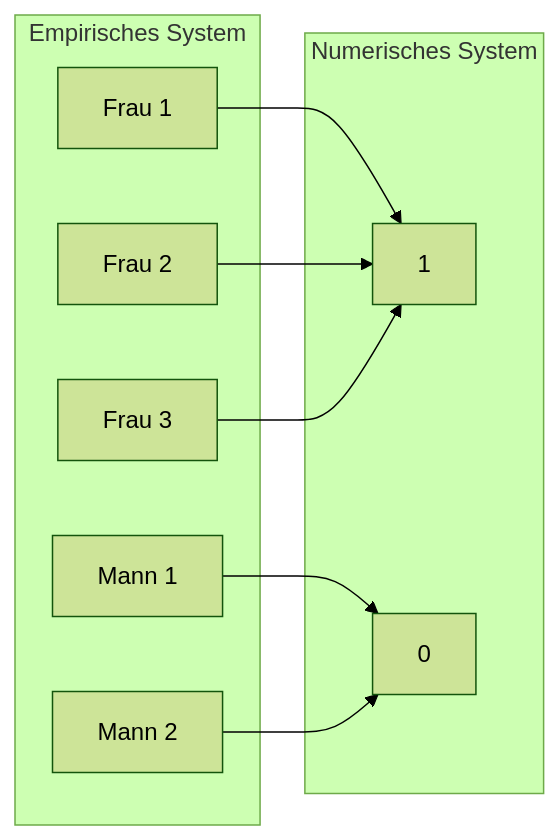
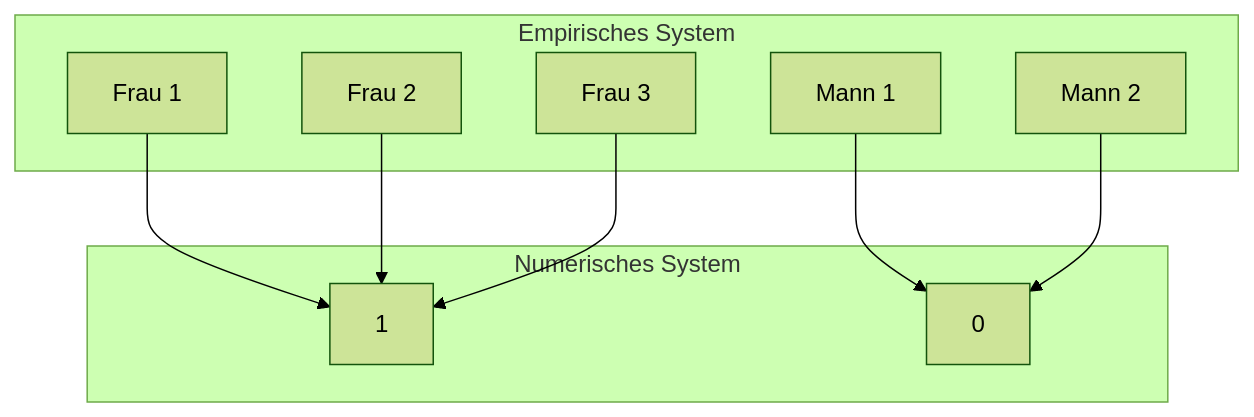
One commit to sebastiansauer/fopra changed the second of 2 diagrams in Messen.qmd. Above: the diagram before and after it, drawn with Mermaid (forest theme). The commit also changed other lines of this file and 95 other files, not shown here.

Commit message:
js diagrams

````diff
--- a/Messen.qmd
+++ b/Messen.qmd
@@ -126,25 +151,25 @@
 ```{mermaid}
 %%| label: fig-messen1
 %%| fig-cap: "Messen: Die Zuordnung von Beziehungen in einem empirischen System (Kontext) zu Beziehungen in einem Zahlensystem."
 
-flowchart LR
+flowchart TD
   subgraph ES[Empirisches System]
     M1[Mann 1]
     M2[Mann 2]
     F1[Frau 1]
     F2[Frau 2]
     F3[Frau 3]
   end
   
   subgraph NS[Numerisches System]
     Z1[1]
     Z0[0]
   end
   
   M1 --> Z0
   M2 --> Z0
   F1 --> Z1
   F2 --> Z1
   F3 --> Z1
 
 ```
````
